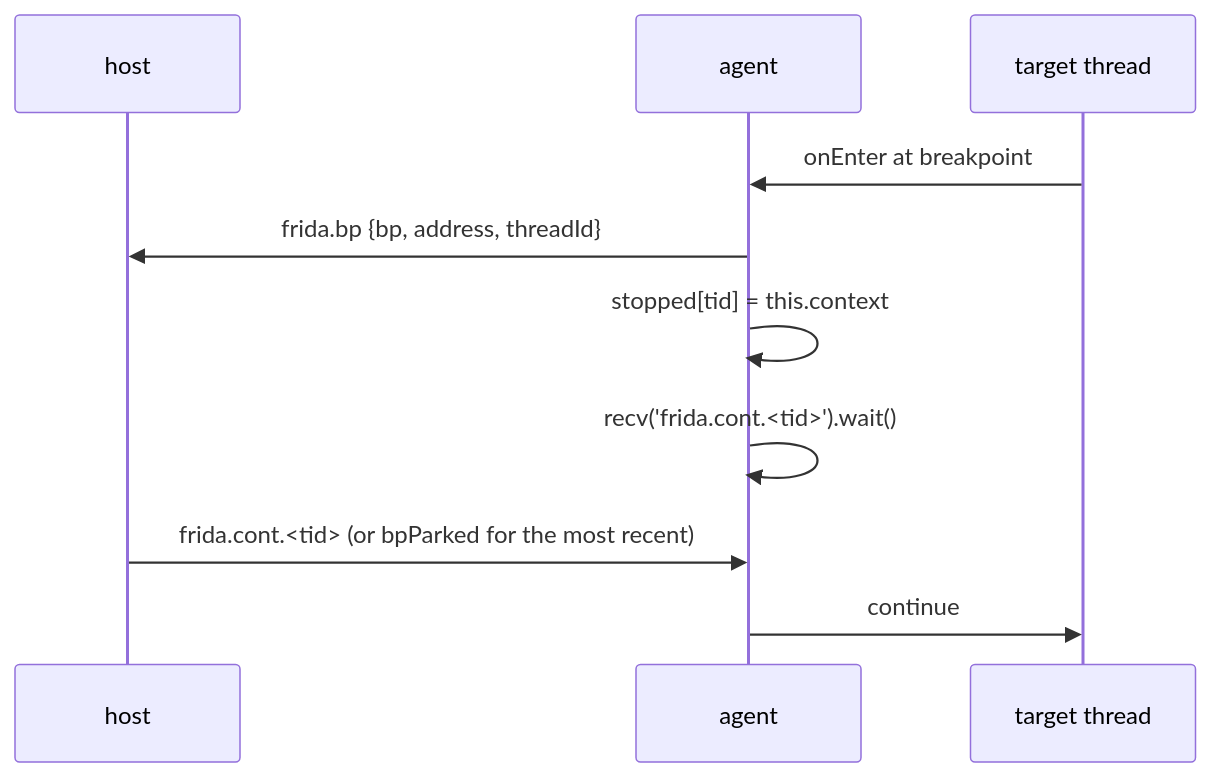
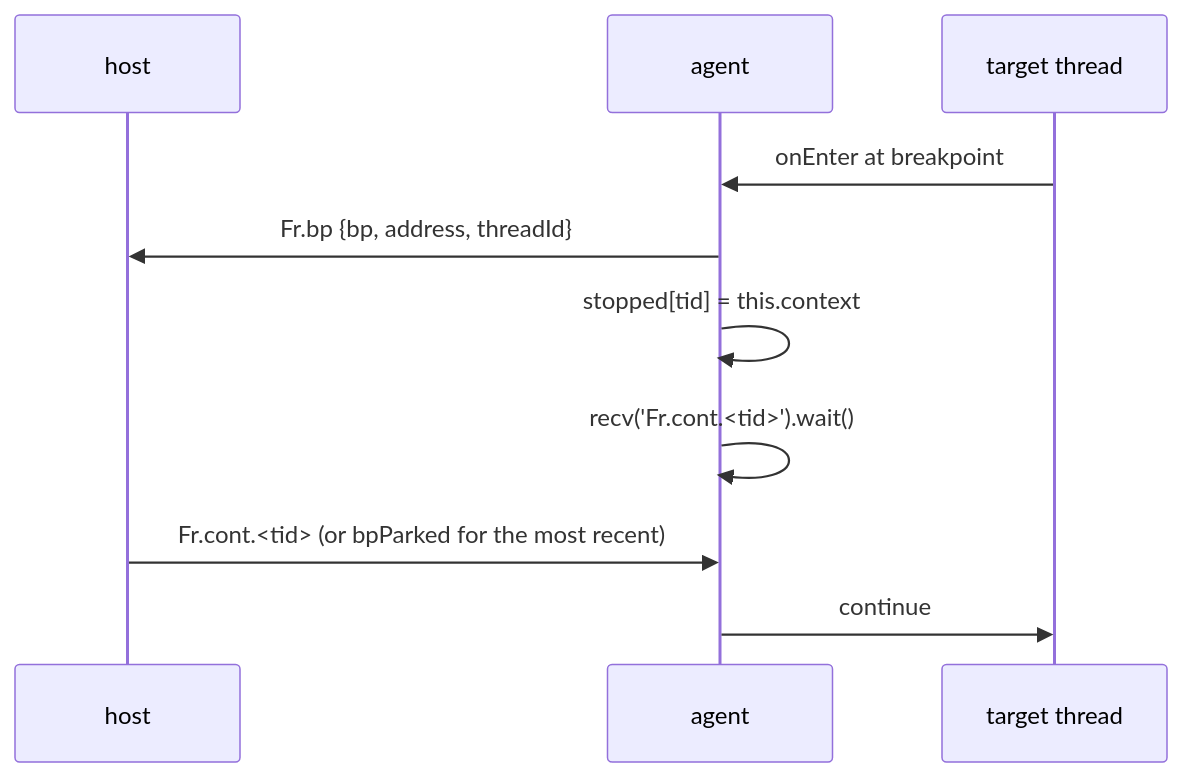
The first of 2 diagrams in docs/under_the_hood/under_the_hood.qmd (rizinorg/rz-frida), drawn with Mermaid before and after one commit. The commit also changed other lines of this file and 53 other files, not shown here.

````diff
--- a/docs/under_the_hood/under_the_hood.qmd
+++ b/docs/under_the_hood/under_the_hood.qmd
@@ -54,12 +54,12 @@
 ```{mermaid}
 sequenceDiagram
     participant H as host
     participant A as agent
     participant T as target thread
     T->>A: onEnter at breakpoint
-    A->>H: frida.bp {bp, address, threadId}
+    A->>H: Fr.bp {bp, address, threadId}
     A->>A: stopped[tid] = this.context
-    A->>A: recv('frida.cont.<tid>').wait()
-    H->>A: frida.cont.<tid> (or bpParked for the most recent)
+    A->>A: recv('Fr.cont.<tid>').wait()
+    H->>A: Fr.cont.<tid> (or bpParked for the most recent)
     A->>T: continue
 ```
````
